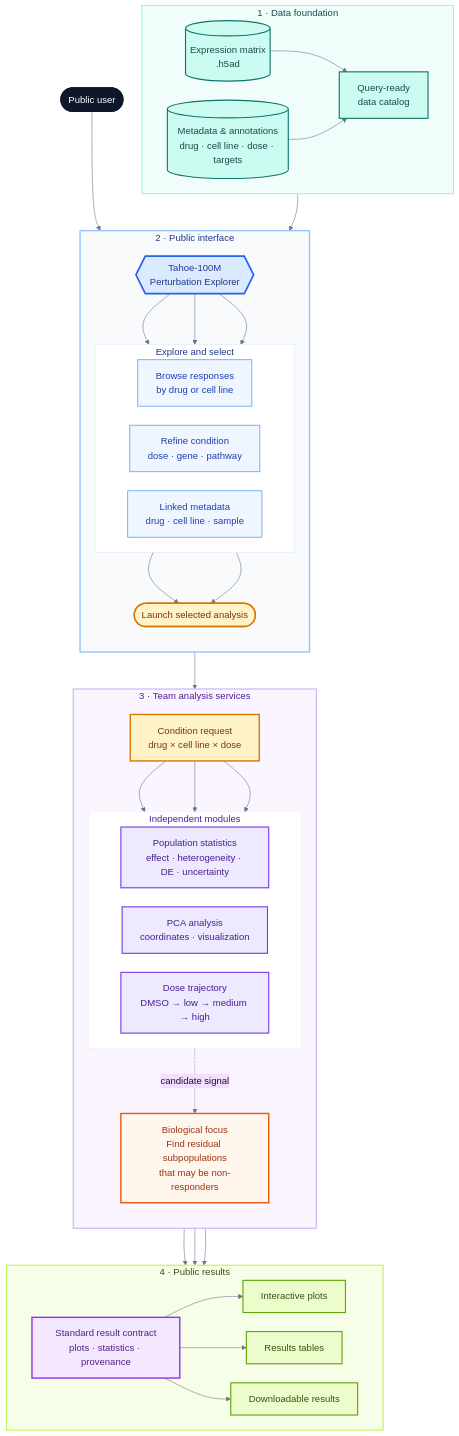
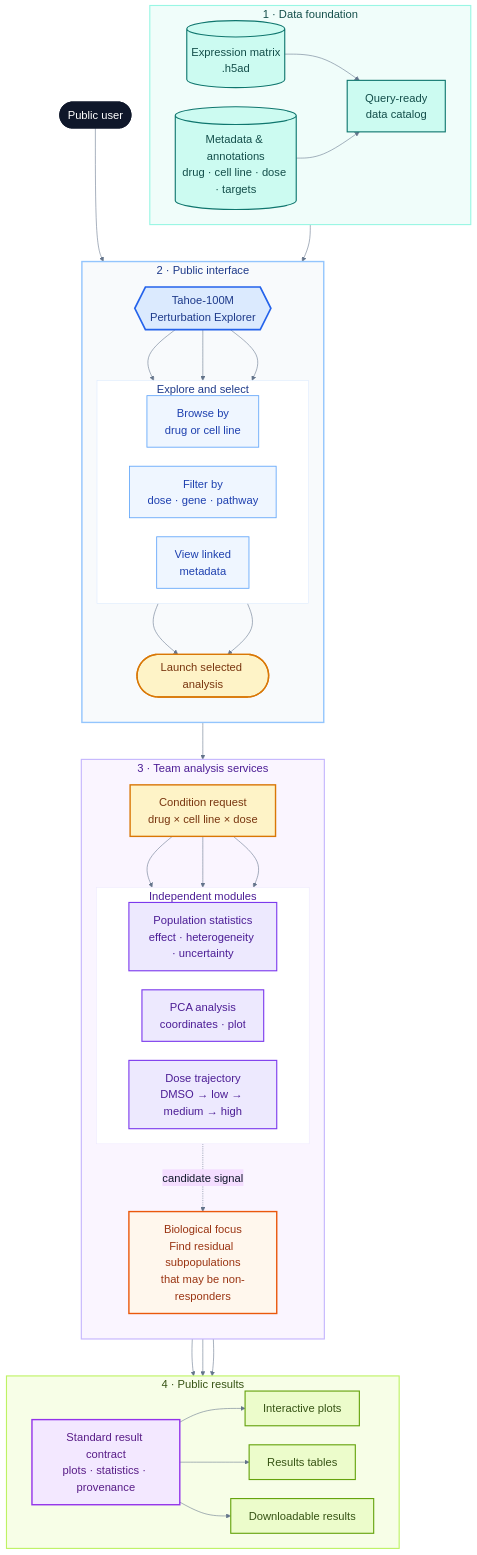
Before and after one commit to candicewu0515/Tahoe100M_population_dynamics: the diagram in docs/group6-workflow.mmd, drawn with Mermaid. The commit also changed 9 other files, not shown here.

```diff
--- a/docs/group6-workflow.mmd
+++ b/docs/group6-workflow.mmd
@@ -1,109 +1,109 @@
 %%{init: {
   "theme": "base",
   "themeVariables": {
     "fontFamily": "Arial, Helvetica, sans-serif",
-    "fontSize": "17px",
+    "fontSize": "20px",
     "lineColor": "#64748b",
     "primaryTextColor": "#0f172a"
   },
   "flowchart": {
     "curve": "basis",
     "nodeSpacing": 34,
     "rankSpacing": 66,
     "padding": 16
   }
 }}%%
 
 flowchart TB
     USER(["Public user"])
 
     subgraph DATA["1  ·  Data foundation"]
         direction LR
         EXPR[("Expression matrix<br/>.h5ad")]
         META[("Metadata & annotations<br/>drug · cell line · dose · targets")]
         CATALOG["Query-ready<br/>data catalog"]
         EXPR --> CATALOG
         META --> CATALOG
     end
 
     subgraph INTERFACE["2  ·  Public interface"]
         direction TB
         APP{{"Tahoe-100M<br/>Perturbation Explorer"}}
 
         subgraph DISCOVERY["Explore and select"]
             direction LR
-            BROWSE["Browse responses<br/>by drug or cell line"]
-            FILTER["Refine condition<br/>dose · gene · pathway"]
-            META_VIEW["Linked metadata<br/>drug · cell line · sample"]
+            BROWSE["Browse by<br/>drug or cell line"]
+            FILTER["Filter by<br/>dose · gene · pathway"]
+            META_VIEW["View linked<br/>metadata"]
         end
 
         REQUEST(["Launch selected analysis"])
         APP --> BROWSE
         APP --> FILTER
         APP --> META_VIEW
         BROWSE --> REQUEST
         FILTER --> REQUEST
     end
 
     subgraph SERVICES["3  ·  Team analysis services"]
         direction TB
         ROUTER["Condition request<br/>drug × cell line × dose"]
 
         subgraph MODULES["Independent modules"]
             direction LR
-            STATS["Population statistics<br/>effect · heterogeneity · DE · uncertainty"]
-            PCA["PCA analysis<br/>coordinates · visualization"]
+            STATS["Population statistics<br/>effect · heterogeneity · uncertainty"]
+            PCA["PCA analysis<br/>coordinates · plot"]
             TRAJ["Dose trajectory<br/>DMSO → low → medium → high"]
         end
 
         FOCUS["Biological focus<br/>Find residual subpopulations<br/>that may be non-responders"]
         ROUTER --> STATS
         ROUTER --> PCA
         ROUTER --> TRAJ
         STATS -. "candidate signal" .-> FOCUS
     end
 
     subgraph RESULTS["4  ·  Public results"]
         direction LR
         CONTRACT["Standard result contract<br/>plots · statistics · provenance"]
         PLOTS["Interactive plots"]
         TABLES["Results tables"]
         DOWNLOAD["Downloadable results"]
         CONTRACT --> PLOTS
         CONTRACT --> TABLES
         CONTRACT --> DOWNLOAD
     end
 
     USER --> APP
     CATALOG --> APP
     REQUEST --> ROUTER
     FOCUS --> CONTRACT
     PCA --> CONTRACT
     TRAJ --> CONTRACT
 
     classDef user fill:#0f172a,stroke:#0f172a,color:#ffffff,stroke-width:2.5px;
     classDef data fill:#ccfbf1,stroke:#0f766e,color:#134e4a,stroke-width:2px;
     classDef app fill:#dbeafe,stroke:#2563eb,color:#1e3a8a,stroke-width:3px;
     classDef action fill:#eff6ff,stroke:#60a5fa,color:#1e40af,stroke-width:1.5px;
     classDef request fill:#fef3c7,stroke:#d97706,color:#78350f,stroke-width:2.5px;
     classDef service fill:#ede9fe,stroke:#7c3aed,color:#4c1d95,stroke-width:2px;
     classDef focus fill:#fff7ed,stroke:#ea580c,color:#9a3412,stroke-width:2.5px;
     classDef contract fill:#f3e8ff,stroke:#9333ea,color:#581c87,stroke-width:2.5px;
     classDef output fill:#ecfccb,stroke:#65a30d,color:#365314,stroke-width:2px;
 
     class USER user;
     class EXPR,META,CATALOG data;
     class APP app;
     class BROWSE,FILTER,META_VIEW action;
     class REQUEST,ROUTER request;
     class STATS,PCA,TRAJ service;
     class FOCUS focus;
     class CONTRACT contract;
     class PLOTS,TABLES,DOWNLOAD output;
 
     style DATA fill:#f0fdfa,stroke:#99f6e4,stroke-width:2px,color:#134e4a
     style INTERFACE fill:#f8fafc,stroke:#93c5fd,stroke-width:2.5px,color:#1e3a8a
     style DISCOVERY fill:#ffffff,stroke:#dbeafe,stroke-width:1px,color:#1e3a8a
     style SERVICES fill:#faf5ff,stroke:#c4b5fd,stroke-width:2px,color:#4c1d95
     style MODULES fill:#ffffff,stroke:#ede9fe,stroke-width:1px,color:#4c1d95
     style RESULTS fill:#f7fee7,stroke:#bef264,stroke-width:2px,color:#365314
```
